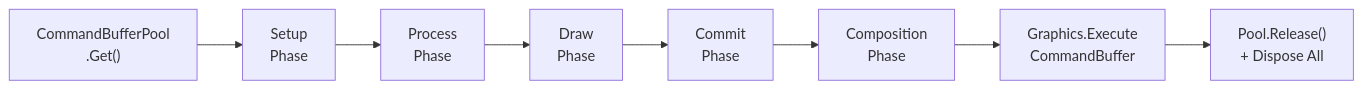
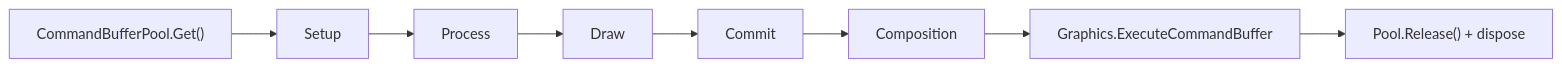
Before and after one commit to deepwavegame/deepwavegame.github.io: the diagram in docs/tools/simple-painter/paint-engine.md, drawn with Mermaid. The commit also changed other lines of this file and 74 other files, not shown here.

````diff
--- a/docs/tools/simple-painter/paint-engine.md
+++ b/docs/tools/simple-painter/paint-engine.md
@@ -23,10 +29,10 @@
 ```mermaid
 graph LR
-    A["CommandBufferPool<br/>.Get()"] --> B["Setup<br/>Phase"]
-    B --> C["Process<br/>Phase"]
-    C --> D["Draw<br/>Phase"]
-    D --> E["Commit<br/>Phase"]
-    E --> F["Composition<br/>Phase"]
-    F --> G["Graphics.Execute<br/>CommandBuffer"]
-    G --> H["Pool.Release()<br/>+ Dispose All"]
+    A["CommandBufferPool.Get()"] --> B["Setup"]
+    B --> C["Process"]
+    C --> D["Draw"]
+    D --> E["Commit"]
+    E --> F["Composition"]
+    F --> G["Graphics.ExecuteCommandBuffer"]
+    G --> H["Pool.Release() + dispose"]
 ```
````
